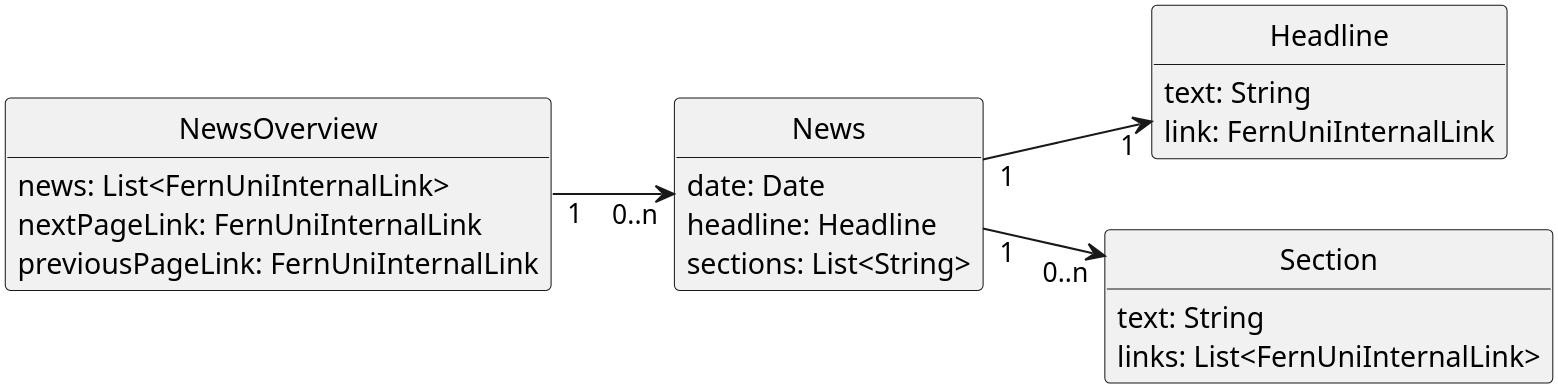
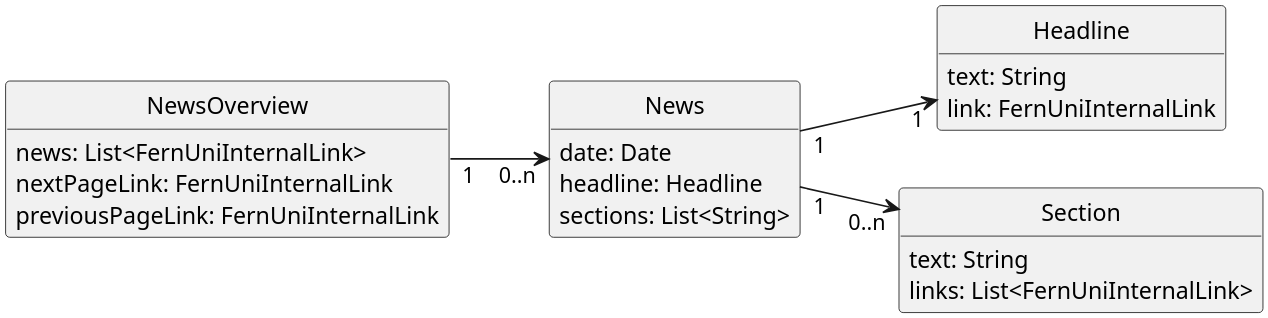
One commit to TheGreyKoala/master-thesis changed the diagram in src/main/resources/findings/case-study-2/model.plantuml. Above: the diagram before and after it, drawn with PlantUML. The commit also changed 63 other files, not shown here.

Commit message:
Equal scaling for uml diagrams

```diff
--- a/src/main/resources/findings/case-study-2/model.plantuml
+++ b/src/main/resources/findings/case-study-2/model.plantuml
@@ -1,32 +1,32 @@
 @startuml
-scale 3840*2160
+scale 3.25
 hide circle
 hide empty methods
 left to right direction
 
 class NewsOverview {
     news: List<FernUniInternalLink>
     nextPageLink: FernUniInternalLink
     previousPageLink: FernUniInternalLink
 }
 
 class News {
     date: Date
     headline: Headline
     sections: List<String>
 }
 
 class Headline {
     text: String
     link: FernUniInternalLink
 }
 
 class Section {
     text: String
     links: List<FernUniInternalLink>
 }
 
 NewsOverview "1" --> "0..n" News
 News "1" --> "1" Headline
 News "1" --> "0..n" Section
 @enduml
```
